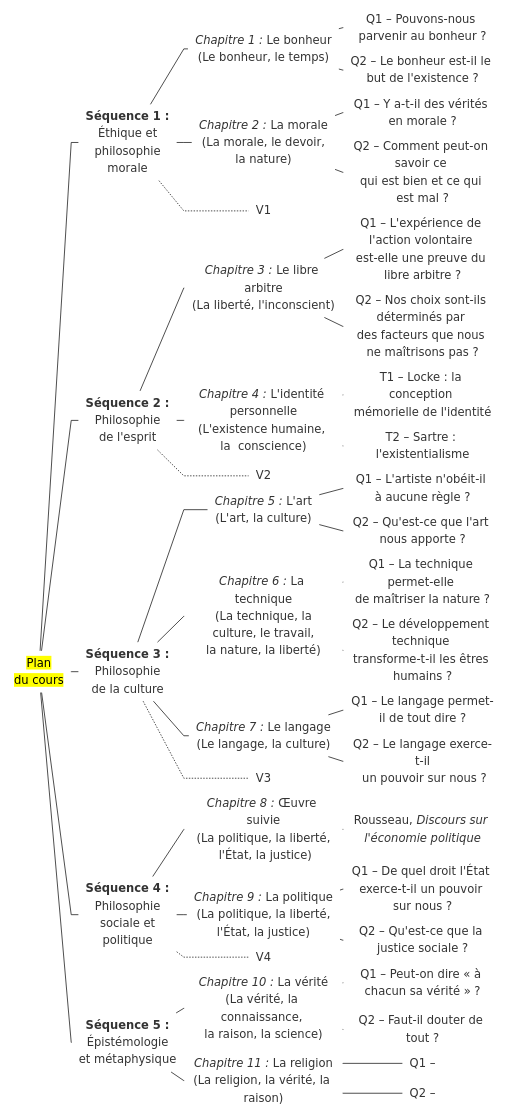
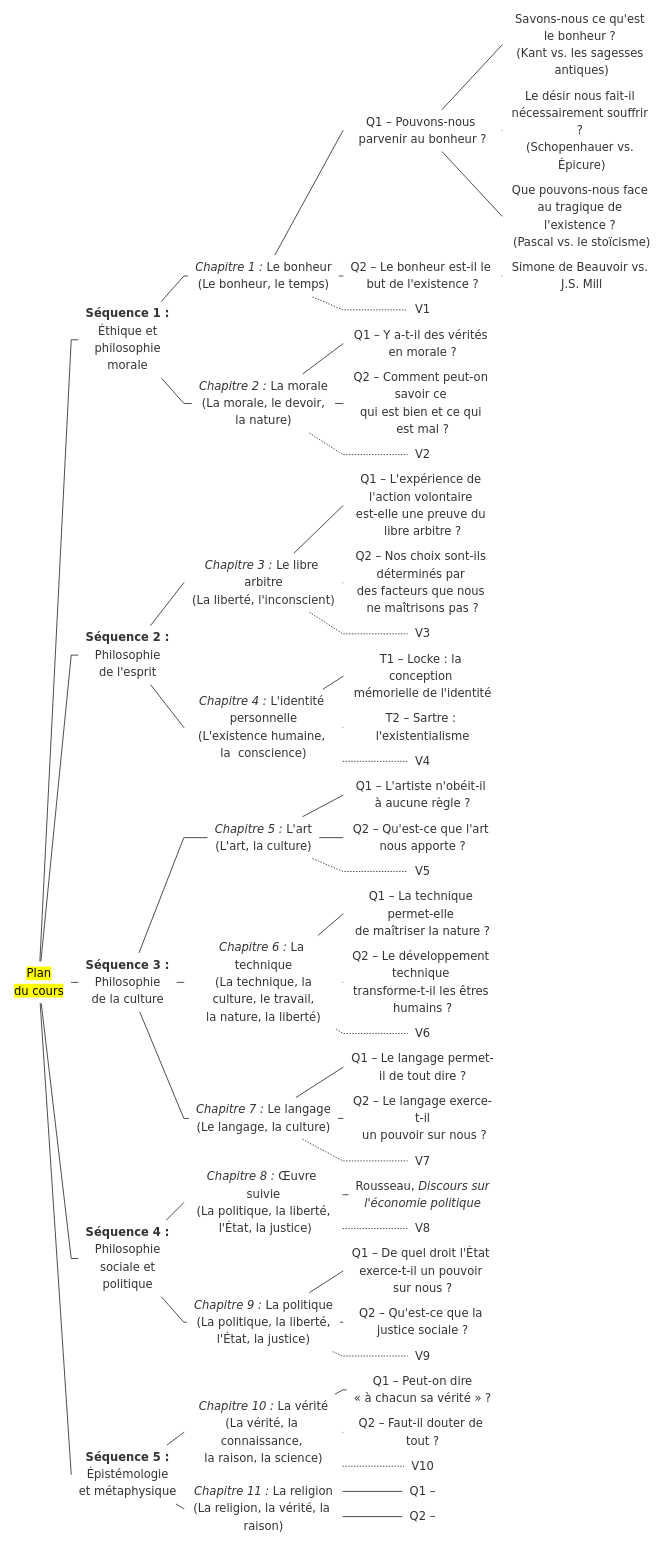
One commit to eyssette/tree-diagrams changed the diagram in plan-cours-2022.mmd. Above: the diagram before and after it, drawn with Mermaid.

```diff
--- a/plan-cours-2022.mmd
+++ b/plan-cours-2022.mmd
@@ -1,72 +1,89 @@
 %%{init{"theme":"base","themeCSS":"* {line-height:1.25em!important; font-size:12px; text-align:left!important; } span span{color:#666; font-size:0.9em;}  g[id*=\"A\"] * {font-size:1.01em;}  g[id*=\"V\"] * {color:transparent} .edge-thickness-normal{stroke-width:1px; stroke:#999;} .edge-thickness-thick{stroke-width:1px!important} .edge-pattern-dotted{stroke:transparent} mark {background-color:grey; color:white; display:block; text-align:center!important; padding:5px 10px; border-radius:15px}","themeVariables":{"secondaryColor":"transparent","primaryColor":"transparent","primaryBorderColor":"transparent"},"flowchart":{"htmlLabels":true,"padding":5,"rankSpacing":1,"nodeSpacing":1,"curve":"linear"}} }%%
 flowchart LR
 
 A[<mark>Plan <br>du cours</mark>]
 
 B1[<b>Séquence 1 :</b></b><br> Éthique et <br> philosophie<br>  morale]
 B2[<b>Séquence 2 :</b><br> Philosophie <br> de l'esprit]
 B3[<b>Séquence 3 :</b><br> Philosophie<br> de la culture]
 B4[<b>Séquence 4 :</b><br> Philosophie<br>sociale et <br>politique]
 B5[<b>Séquence 5 :</b><br>Épistémologie <br>et métaphysique]
 
 A --- B1 & B2 & B3 & B4 & B5
 
 B1 --- C1 & C2
-B1 -.- V1
 B2 --- C3 & C4
-B2 -.- V2
 B3 --- C5 & C6 & C7
-B3 -.- V3
 B4 --- C8 & C9
-B4 -.- V4
 B5 --- C10 & C11
 
 C1["<i>Chapitre 1 :</i> Le bonheur<br><span>(Le bonheur, le temps)</span>"]
 C2["<i>Chapitre 2 :</i> La morale<br><span>(La morale, le devoir,<br>la nature)</span>"]
 
 C3["<i>Chapitre 3 :</i> Le libre arbitre<br><span>(La liberté, l'inconscient)</span>"]
 C4["<i>Chapitre 4 :</i> L'identité personnelle<br><span>(L'existence humaine, la  conscience)</span>"]
 
 C5["<i>Chapitre 5 :</i> L'art<br><span>(L'art, la culture)</span>"]
 C6["<i>Chapitre 6 :</i> La technique<br><span>(La technique, la<br>culture, le travail,<br>la nature, la liberté)</span>"]
 C7["<i>Chapitre 7 :</i> Le langage<br><span>(Le langage, la culture)</span>"]
 
 C8["<i>Chapitre 8 :</i> Œuvre suivie<br><span>(La politique, la liberté,<br> l'#Eacute;tat, la justice)</span>"]
 C9["<i>Chapitre 9 :</i> La politique<br><span>(La politique, la liberté,<br> l'#Eacute;tat, la justice)</span>"]
 
 C10["<i>Chapitre 10 :</i> La vérité<br><span>(La vérité, la connaissance, <br>la raison, la science)</span>"]
 C11["<i>Chapitre 11 :</i> La religion<br><span>(La religion, la vérité, la raison)</span>"]
 
 C1 --- D1a & D1b
+C1 -.- V1
 C2 --- D2a & D2b
+C2 -.- V2
 C3 --- D3a & D3b
+C3 -.- V3
 C4 --- D4a & D4b
+C4 -.- V4
 C5 --- D5a & D5b
+C5 -.- V5
 C6 --- D6a & D6b
+C6 -.- V6
 C7 --- D7a & D7b
+C7 -.- V7
 C8 --- D8
+C8 -.- V8
 C9 --- D9a & D9b
+C9 -.- V9
 C10 --- D10a & D10b
+C10 -.- V10
 C11 --- D11a & D11b
 
 D1a["Q1 – Pouvons-nous parvenir au bonheur ?"]
 D1b["Q2 – Le bonheur est-il le but de l'existence ?"]
 D2a["Q1 – Y a-t-il des vérités en morale ?"]
 D2b["Q2 – Comment peut-on savoir ce <br>qui est bien et ce qui est mal ?"]
 D3a["Q1 – L'expérience de l'action volontaire <br>est-elle une preuve du libre arbitre ?"]
 D3b["Q2 – Nos choix sont-ils déterminés par <br>des facteurs que nous ne maîtrisons pas ?"]
 D4a["T1 – Locke : la conception <br>mémorielle de l'identité"]
 D4b["T2 – Sartre : l'existentialisme"]
 D5a["Q1 – L'artiste n'obéit-il à aucune règle ?"]
 D5b["Q2 – Qu'est-ce que l'art nous apporte ?"]
 D6a["Q1 – La technique permet-elle <br>de maîtriser la nature ?"]
 D6b["Q2 – Le développement technique <br>transforme-t-il les êtres humains ?"]
 D7a["Q1 – Le langage permet-il de tout dire ?"]
 D7b["Q2 – Le langage exerce-t-il<br> un pouvoir sur nous ?"]
-D8["Rousseau, <i>Discours sur l'économie politique</i>"]
+D8["Rousseau, <i>Discours sur <br>l'économie politique</i>"]
 D9a["Q1 – De quel droit l'État <br>exerce-t-il un pouvoir sur nous ?"]
 D9b["Q2 – Qu'est-ce que la justice sociale ?"]
-D10a["Q1 – Peut-on dire « à chacun sa vérité » ?"]
+D10a["Q1 – Peut-on dire <br>« à chacun sa vérité » ?"]
 D10b["Q2 – Faut-il douter de tout ?"]
 D11a["Q1 – "]
 D11b["Q2 – "]
+
+
+D1a --- E1a1 & E1a2 & E1a3
+D1b --- E1b1
+
+
+E1a1["Savons-nous ce qu'est le bonheur ? <br><span>(Kant vs. les sagesses antiques)</span>"]
+E1a2["Le désir nous fait-il nécessairement souffrir ? <br><span>(Schopenhauer vs. Épicure)</span>"]
+E1a3["Que pouvons-nous face au tragique de l'existence ? <br><span>(Pascal vs. le stoïcisme)</span>"]
+
+E1b1["<span>Simone de Beauvoir vs. J.S. Mill</span>"]
```
